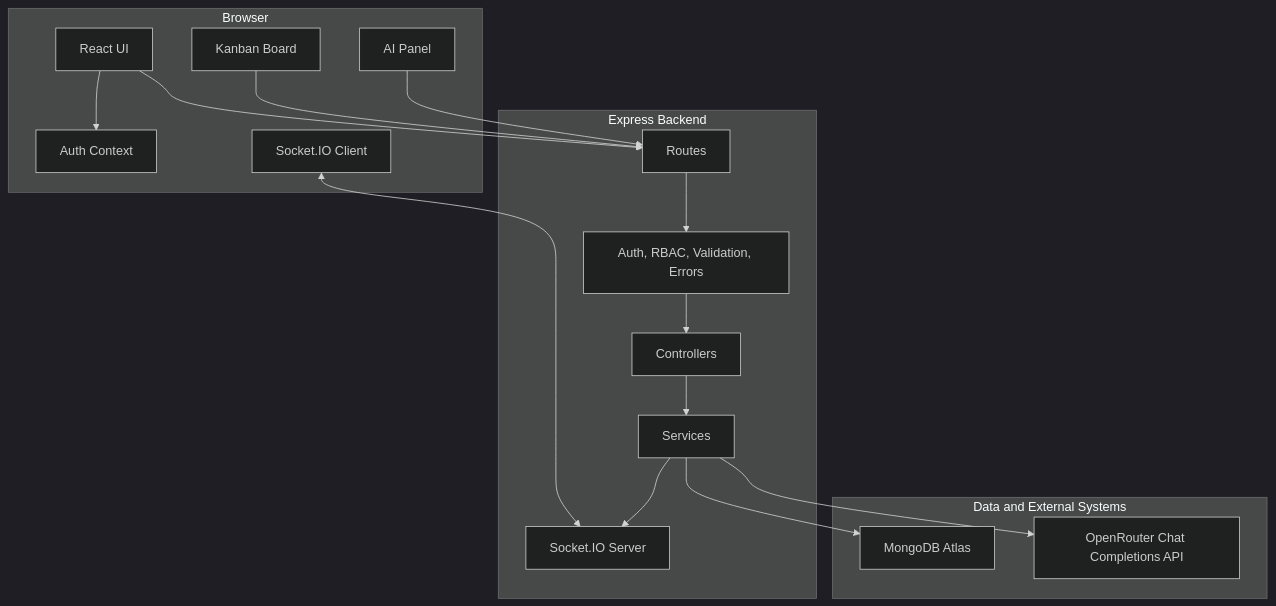
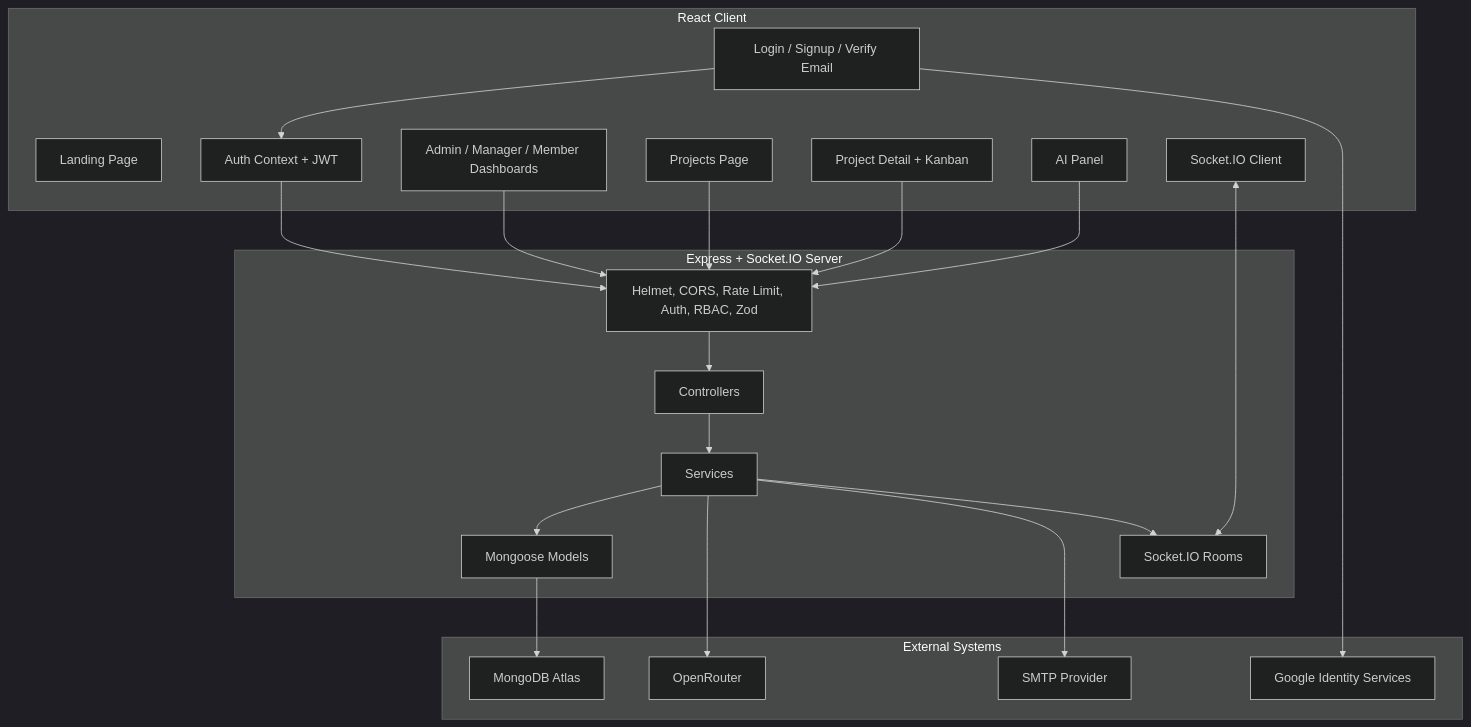
Before and after one commit to ashwanibaghel/WorkOS: the second of 6 diagrams in docs/HLD.md, drawn with Mermaid (dark theme). The commit also changed other lines of this file and 3 other files, not shown here.

````diff
--- a/docs/HLD.md
+++ b/docs/HLD.md
@@ -21,33 +58,41 @@
 ```mermaid
 flowchart TB
-  subgraph Browser["Browser"]
-    UI["React UI"]
-    AuthState["Auth Context"]
-    Kanban["Kanban Board"]
+  subgraph Client["React Client"]
+    Landing["Landing Page"]
+    AuthUI["Login / Signup / Verify Email"]
+    AuthContext["Auth Context + JWT"]
+    Dashboards["Admin / Manager / Member Dashboards"]
+    Projects["Projects Page"]
+    ProjectDetail["Project Detail + Kanban"]
     AIPanel["AI Panel"]
     SocketClient["Socket.IO Client"]
   end
 
-  subgraph Backend["Express Backend"]
-    Routes["Routes"]
-    Middleware["Auth, RBAC, Validation, Errors"]
+  subgraph Server["Express + Socket.IO Server"]
+    Middleware["Helmet, CORS, Rate Limit, Auth, RBAC, Zod"]
     Controllers["Controllers"]
     Services["Services"]
-    SocketServer["Socket.IO Server"]
+    Models["Mongoose Models"]
+    SocketServer["Socket.IO Rooms"]
   end
 
-  subgraph Data["Data and External Systems"]
+  subgraph External["External Systems"]
     Mongo["MongoDB Atlas"]
-    OpenRouter["OpenRouter Chat Completions API"]
+    OpenRouter["OpenRouter"]
+    Google["Google Identity Services"]
+    SMTP["SMTP Provider"]
   end
 
-  UI --> AuthState
-  UI --> Routes
-  Kanban --> Routes
-  AIPanel --> Routes
+  AuthUI --> AuthContext
+  AuthContext --> Middleware
+  Dashboards --> Middleware
+  Projects --> Middleware
+  ProjectDetail --> Middleware
+  AIPanel --> Middleware
   SocketClient <--> SocketServer
-  Routes --> Middleware --> Controllers --> Services
-  Services --> Mongo
+  Middleware --> Controllers --> Services --> Models --> Mongo
   Services --> OpenRouter
+  AuthUI --> Google
+  Services --> SMTP
   Services --> SocketServer
 ```
````
